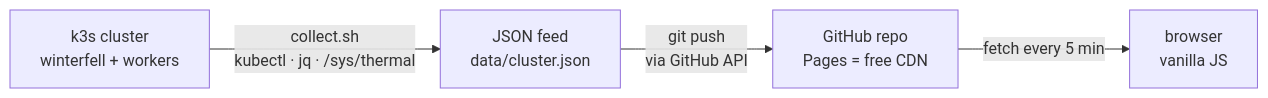
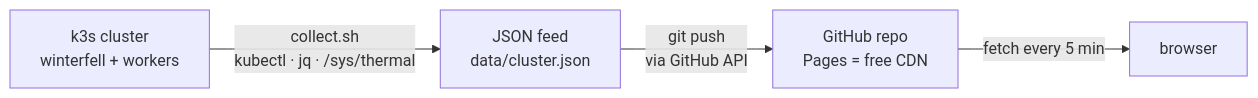
Before and after one commit to mrtoadie/mrtoadie.github.io: the diagram in README.md, drawn with Mermaid. The commit also changed other lines of this file, not shown here.

Commit message:
update repo

````diff
--- a/README.md
+++ b/README.md
@@ -19,11 +19,11 @@
 ```mermaid
 flowchart LR
     C["k3s cluster<br/>winterfell + workers"]
     F["JSON feed<br/>data/cluster.json"]
     G["GitHub repo<br/>Pages = free CDN"]
-    B["browser<br/>vanilla JS"]
+    B["browser"]
 
     C -- "collect.sh<br/>kubectl · jq · /sys/thermal" --> F
     F -- "git push<br/>via GitHub API" --> G
     G -- "fetch every 5 min" --> B
 ```
````
